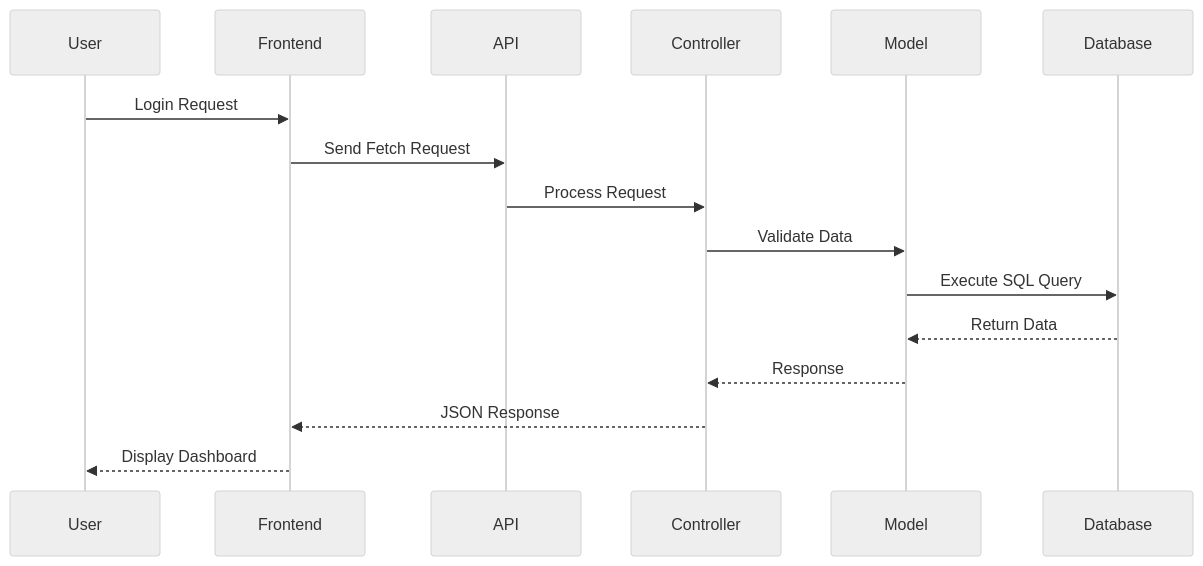
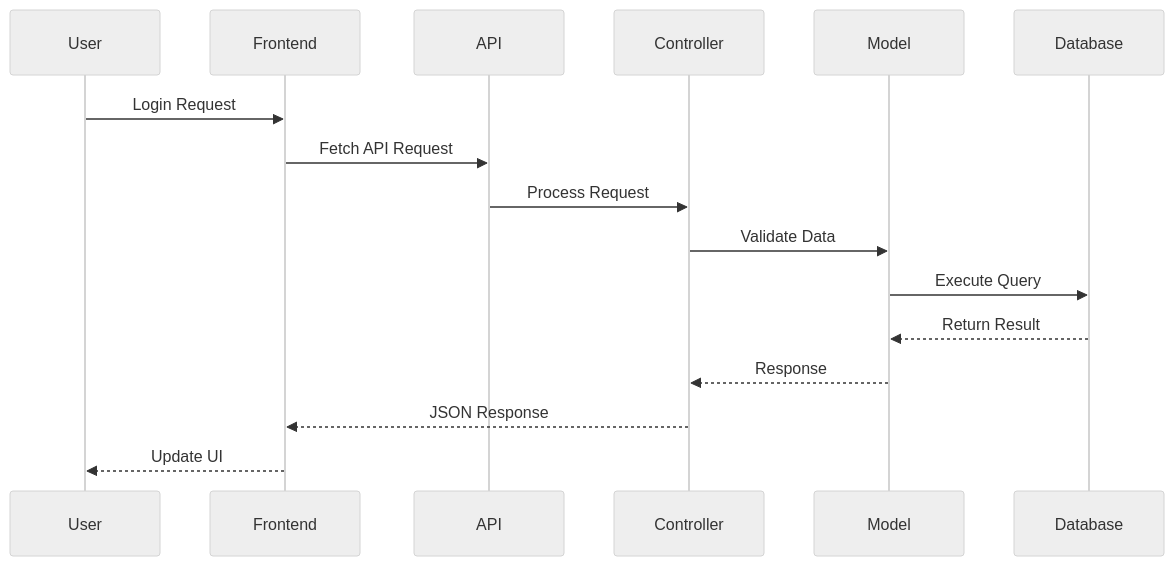
The fourth of 5 diagrams in README.md (LwinKo-kun/SMS-MVC), drawn with Mermaid (neutral theme) before and after one commit. The commit also changed other lines of this file, not shown here.

````diff
--- a/README.md
+++ b/README.md
@@ -234,20 +229,20 @@
 ```mermaid
 sequenceDiagram
 
 participant User
 participant Frontend
 participant API
 participant Controller
 participant Model
 participant Database
 
 User->>Frontend: Login Request
-Frontend->>API: Send Fetch Request
+Frontend->>API: Fetch API Request
 API->>Controller: Process Request
 Controller->>Model: Validate Data
-Model->>Database: Execute SQL Query
-Database-->>Model: Return Data
+Model->>Database: Execute Query
+Database-->>Model: Return Result
 Model-->>Controller: Response
 Controller-->>Frontend: JSON Response
-Frontend-->>User: Display Dashboard
+Frontend-->>User: Update UI
 ```
````
